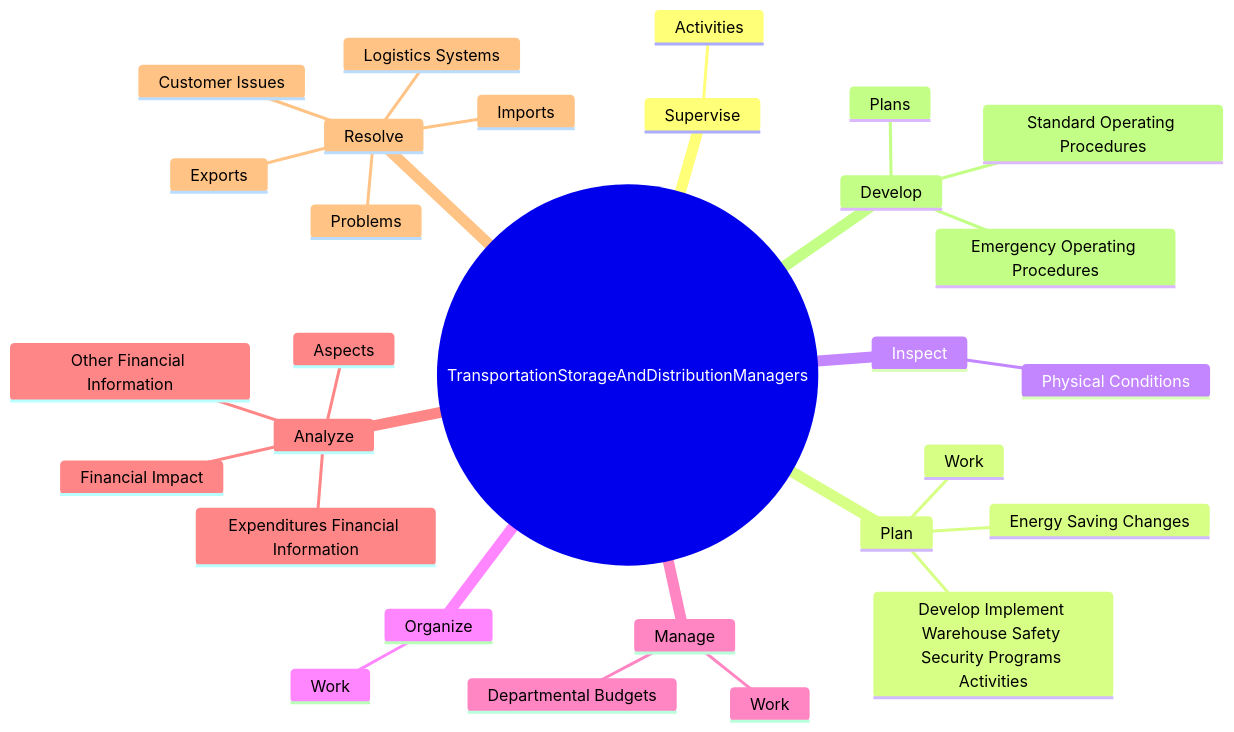
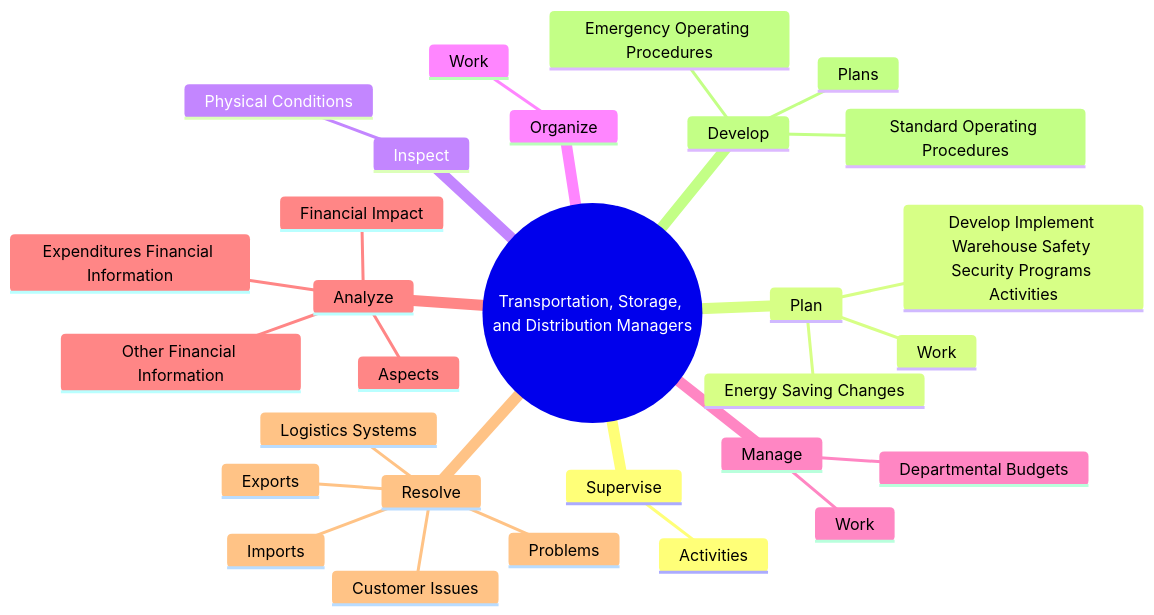
Before and after one commit to kziemski/business.org.ai: the second of 4 diagrams in occupations/Management/TransportationStorageAndDistributionManagers.mdx, drawn with Mermaid. The commit also changed other lines of this file and 938 other files, not shown here.

````diff
--- a/occupations/Management/TransportationStorageAndDistributionManagers.mdx
+++ b/occupations/Management/TransportationStorageAndDistributionManagers.mdx
@@ -38,32 +46,32 @@
 ```mermaid
 mindmap
-    root(("TransportationStorageAndDistributionManagers"))
+    root(("Transportation, Storage, and Distribution Managers"))
         Supervise
             Activities
         Plan
             Develop Implement Warehouse Safety Security Programs Activities
             Work
             Energy Saving Changes
         Inspect
             Physical Conditions
         Organize
             Work
         Manage
             Work
             Departmental Budgets
         Analyze
             Aspects
             Financial Impact
             Expenditures Financial Information
             Other Financial Information
         Resolve
             Problems
             Logistics Systems
             Imports
             Exports
             Customer Issues
         Develop
             Standard Operating Procedures
             Emergency Operating Procedures
             Plans
 ```
````
